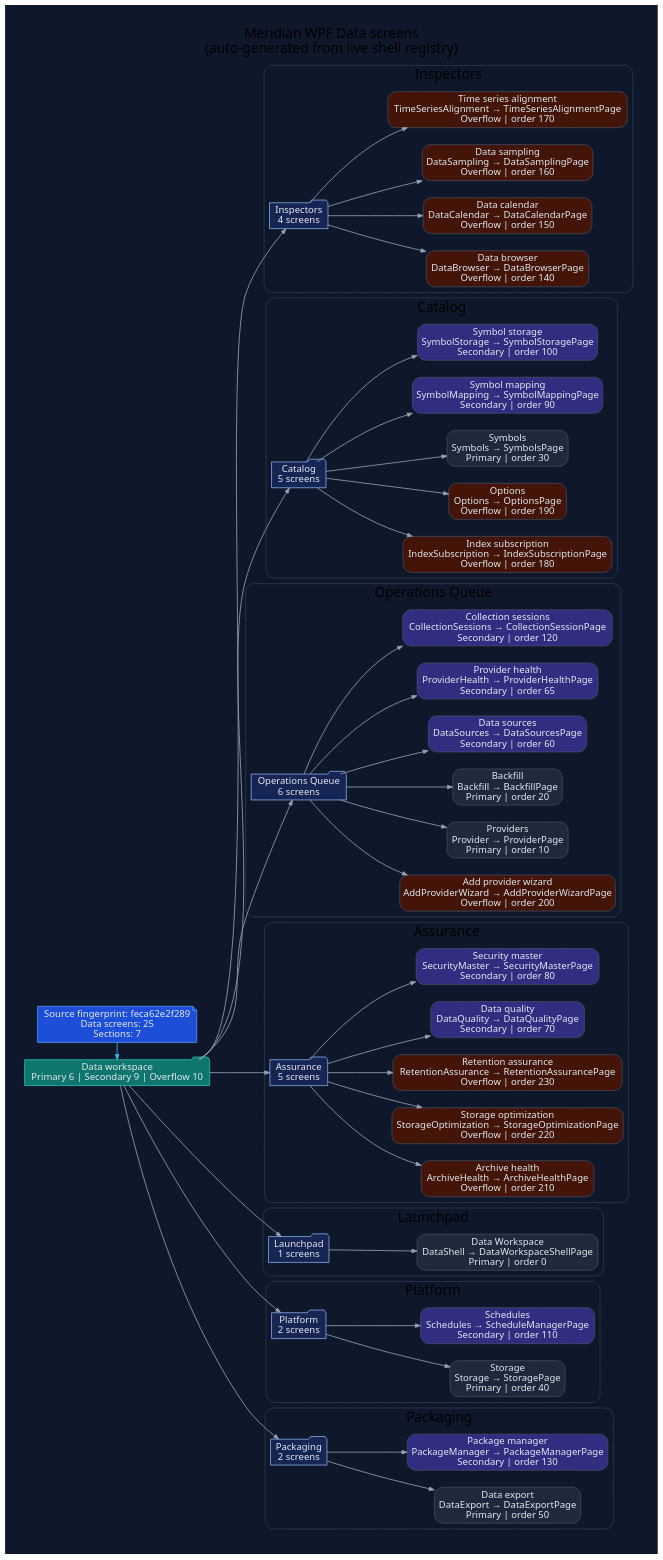
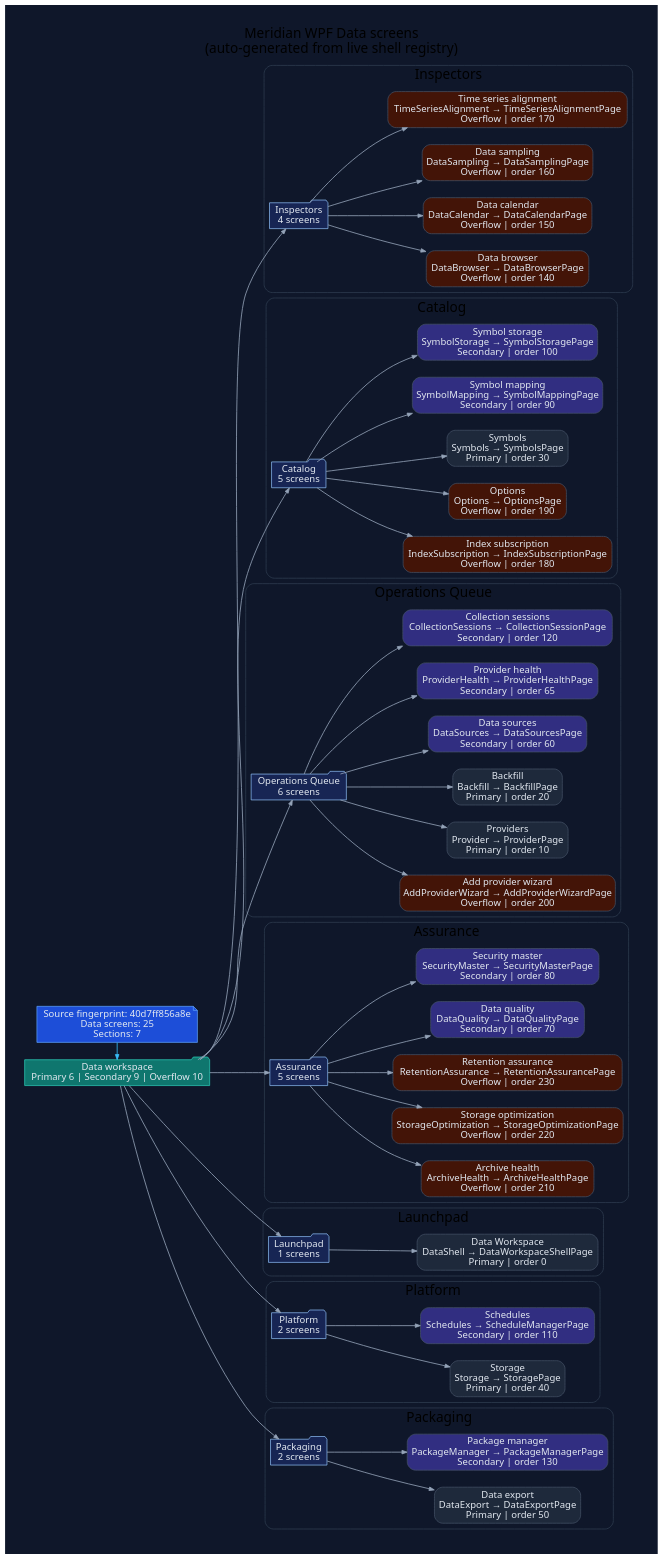
Before and after one commit to rodoHasArrived/Meridian-main: the diagram in docs/diagrams/ui/ui-wpf-screens-data.dot, drawn with Graphviz. The commit also changed 51 other files, not shown here.

First line of the commit message:
Regenerate maintained docs, diagrams and dashboards

```diff
--- a/docs/diagrams/ui/ui-wpf-screens-data.dot
+++ b/docs/diagrams/ui/ui-wpf-screens-data.dot
@@ -1,132 +1,132 @@
 // -----------------------------------------------------------------------------
 // <auto-generated>
 // Generated by scripts/generate-diagrams.mjs.
 // Do not edit this file directly; update the WPF source files instead.
 // -----------------------------------------------------------------------------
 digraph WpfDataScreens {
   graph [
     rankdir=LR,
     labelloc=t,
     label="Meridian WPF Data screens\n(auto-generated from live shell registry)",
     fontname="Segoe UI",
     fontsize=20,
     pad=0.4,
     nodesep=0.35,
     ranksep=0.85,
     bgcolor="#0f172a"
   ];
   node [fontname="Segoe UI", shape=box, style="rounded,filled", color="#475569", fontcolor="#e2e8f0", fillcolor="#1e293b"];
   edge [fontname="Segoe UI", color="#94a3b8", penwidth=1.2, arrowsize=0.75];
 
-  generated [shape=note, fillcolor="#1d4ed8", color="#60a5fa", label="Source fingerprint: feca62e2f289\nData screens: 25\nSections: 7"];
+  generated [shape=note, fillcolor="#1d4ed8", color="#60a5fa", label="Source fingerprint: 40d7ff856a8e\nData screens: 25\nSections: 7"];
   workspace [shape=folder, fillcolor="#0f766e", color="#2dd4bf", label="Data workspace\nPrimary 6 | Secondary 9 | Overflow 10"];
   generated -> workspace [color="#38bdf8"];
 
   subgraph cluster_section_1 {
     label="Inspectors";
     color="#334155";
     style="rounded";
     section_1 [shape=folder, fillcolor="#172554", color="#93c5fd", label="Inspectors\n4 screens"];
     workspace -> section_1;
     screen_DataBrowser [fillcolor="#431407", label="Data browser\nDataBrowser → DataBrowserPage\nOverflow | order 140"];
     section_1 -> screen_DataBrowser;
     screen_DataCalendar [fillcolor="#431407", label="Data calendar\nDataCalendar → DataCalendarPage\nOverflow | order 150"];
     section_1 -> screen_DataCalendar;
     screen_DataSampling [fillcolor="#431407", label="Data sampling\nDataSampling → DataSamplingPage\nOverflow | order 160"];
     section_1 -> screen_DataSampling;
     screen_TimeSeriesAlignment [fillcolor="#431407", label="Time series alignment\nTimeSeriesAlignment → TimeSeriesAlignmentPage\nOverflow | order 170"];
     section_1 -> screen_TimeSeriesAlignment;
   }
 
   subgraph cluster_section_2 {
     label="Catalog";
     color="#334155";
     style="rounded";
     section_2 [shape=folder, fillcolor="#172554", color="#93c5fd", label="Catalog\n5 screens"];
     workspace -> section_2;
     screen_IndexSubscription [fillcolor="#431407", label="Index subscription\nIndexSubscription → IndexSubscriptionPage\nOverflow | order 180"];
     section_2 -> screen_IndexSubscription;
     screen_Options [fillcolor="#431407", label="Options\nOptions → OptionsPage\nOverflow | order 190"];
     section_2 -> screen_Options;
     screen_Symbols [fillcolor="#1e293b", label="Symbols\nSymbols → SymbolsPage\nPrimary | order 30"];
     section_2 -> screen_Symbols;
     screen_SymbolMapping [fillcolor="#312e81", label="Symbol mapping\nSymbolMapping → SymbolMappingPage\nSecondary | order 90"];
     section_2 -> screen_SymbolMapping;
     screen_SymbolStorage [fillcolor="#312e81", label="Symbol storage\nSymbolStorage → SymbolStoragePage\nSecondary | order 100"];
     section_2 -> screen_SymbolStorage;
   }
 
   subgraph cluster_section_3 {
     label="Operations Queue";
     color="#334155";
     style="rounded";
     section_3 [shape=folder, fillcolor="#172554", color="#93c5fd", label="Operations Queue\n6 screens"];
     workspace -> section_3;
     screen_AddProviderWizard [fillcolor="#431407", label="Add provider wizard\nAddProviderWizard → AddProviderWizardPage\nOverflow | order 200"];
     section_3 -> screen_AddProviderWizard;
     screen_Provider [fillcolor="#1e293b", label="Providers\nProvider → ProviderPage\nPrimary | order 10"];
     section_3 -> screen_Provider;
     screen_Backfill [fillcolor="#1e293b", label="Backfill\nBackfill → BackfillPage\nPrimary | order 20"];
     section_3 -> screen_Backfill;
     screen_DataSources [fillcolor="#312e81", label="Data sources\nDataSources → DataSourcesPage\nSecondary | order 60"];
     section_3 -> screen_DataSources;
     screen_ProviderHealth [fillcolor="#312e81", label="Provider health\nProviderHealth → ProviderHealthPage\nSecondary | order 65"];
     section_3 -> screen_ProviderHealth;
     screen_CollectionSessions [fillcolor="#312e81", label="Collection sessions\nCollectionSessions → CollectionSessionPage\nSecondary | order 120"];
     section_3 -> screen_CollectionSessions;
   }
 
   subgraph cluster_section_4 {
     label="Assurance";
     color="#334155";
     style="rounded";
     section_4 [shape=folder, fillcolor="#172554", color="#93c5fd", label="Assurance\n5 screens"];
     workspace -> section_4;
     screen_ArchiveHealth [fillcolor="#431407", label="Archive health\nArchiveHealth → ArchiveHealthPage\nOverflow | order 210"];
     section_4 -> screen_ArchiveHealth;
     screen_StorageOptimization [fillcolor="#431407", label="Storage optimization\nStorageOptimization → StorageOptimizationPage\nOverflow | order 220"];
     section_4 -> screen_StorageOptimization;
     screen_RetentionAssurance [fillcolor="#431407", label="Retention assurance\nRetentionAssurance → RetentionAssurancePage\nOverflow | order 230"];
     section_4 -> screen_RetentionAssurance;
     screen_DataQuality [fillcolor="#312e81", label="Data quality\nDataQuality → DataQualityPage\nSecondary | order 70"];
     section_4 -> screen_DataQuality;
     screen_SecurityMaster [fillcolor="#312e81", label="Security master\nSecurityMaster → SecurityMasterPage\nSecondary | order 80"];
     section_4 -> screen_SecurityMaster;
   }
 
   subgraph cluster_section_5 {
     label="Launchpad";
     color="#334155";
     style="rounded";
     section_5 [shape=folder, fillcolor="#172554", color="#93c5fd", label="Launchpad\n1 screens"];
     workspace -> section_5;
     screen_DataShell [fillcolor="#1e293b", label="Data Workspace\nDataShell → DataWorkspaceShellPage\nPrimary | order 0"];
     section_5 -> screen_DataShell;
   }
 
   subgraph cluster_section_6 {
     label="Platform";
     color="#334155";
     style="rounded";
     section_6 [shape=folder, fillcolor="#172554", color="#93c5fd", label="Platform\n2 screens"];
     workspace -> section_6;
     screen_Storage [fillcolor="#1e293b", label="Storage\nStorage → StoragePage\nPrimary | order 40"];
     section_6 -> screen_Storage;
     screen_Schedules [fillcolor="#312e81", label="Schedules\nSchedules → ScheduleManagerPage\nSecondary | order 110"];
     section_6 -> screen_Schedules;
   }
 
   subgraph cluster_section_7 {
     label="Packaging";
     color="#334155";
     style="rounded";
     section_7 [shape=folder, fillcolor="#172554", color="#93c5fd", label="Packaging\n2 screens"];
     workspace -> section_7;
     screen_DataExport [fillcolor="#1e293b", label="Data export\nDataExport → DataExportPage\nPrimary | order 50"];
     section_7 -> screen_DataExport;
     screen_PackageManager [fillcolor="#312e81", label="Package manager\nPackageManager → PackageManagerPage\nSecondary | order 130"];
     section_7 -> screen_PackageManager;
   }
 
   { rank=min; generated; workspace; }
 }
```
